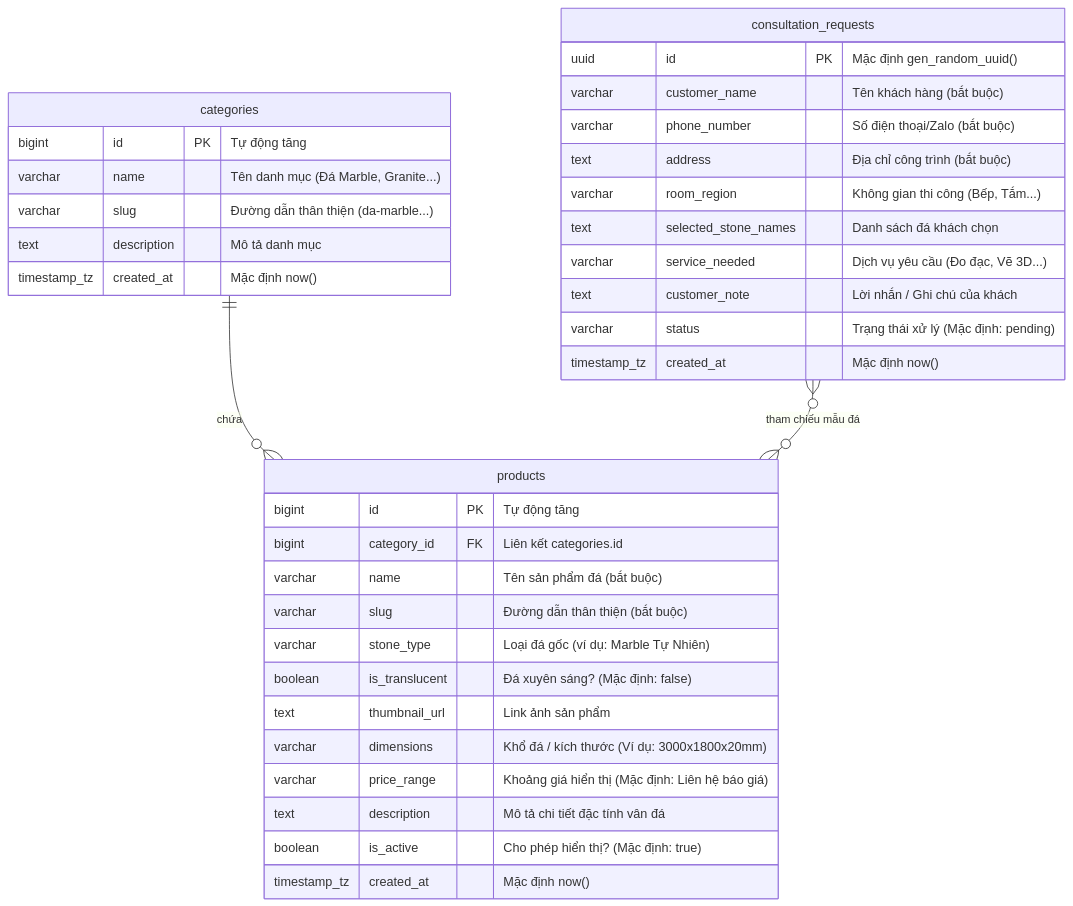
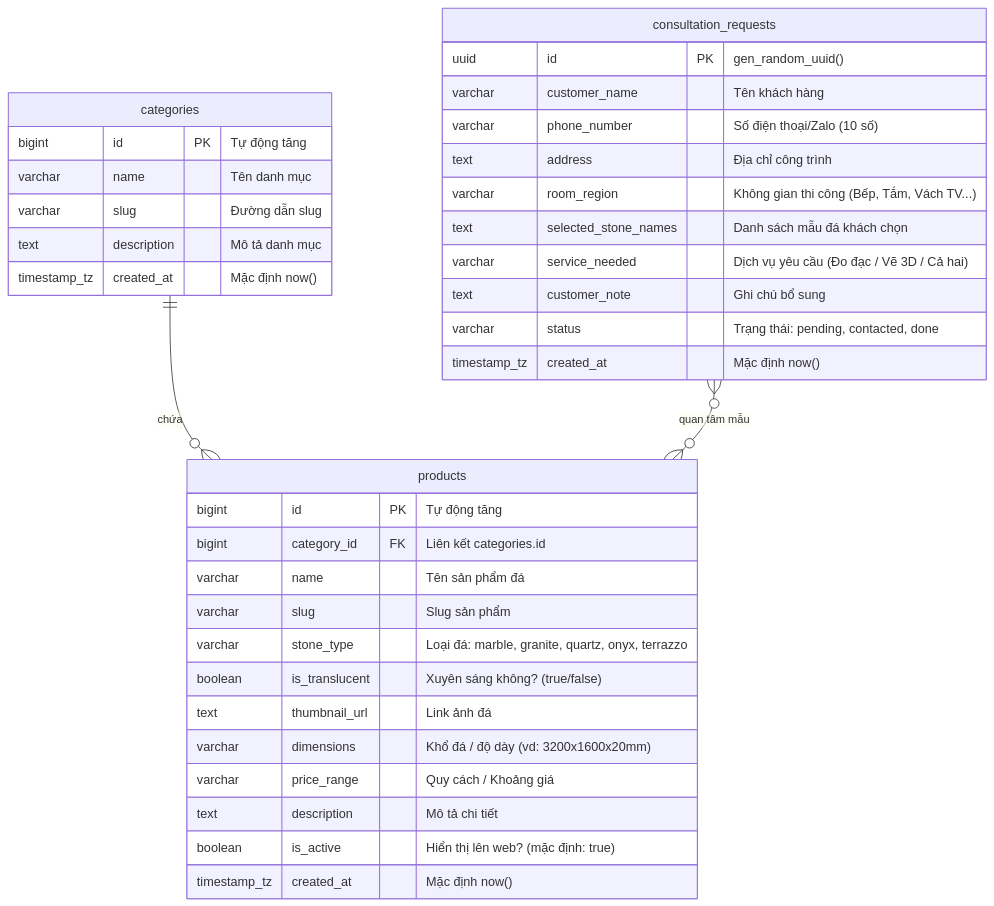
The diagram in APP_STRUCTURE.md (dev-fullstalk/TuanChauAtelier), drawn with Mermaid before and after one commit. The commit also changed other lines of this file and 21 other files, not shown here.

Commit message:
2.9 | thêm ảnh cho app

````diff
--- a/APP_STRUCTURE.md
+++ b/APP_STRUCTURE.md
@@ -52,41 +121,41 @@
 ```mermaid
 erDiagram
     categories ||--o{ products : "chứa"
-    consultation_requests }o--o{ products : "tham chiếu mẫu đá"
+    consultation_requests }o--o{ products : "quan tâm mẫu"
 
     categories {
         bigint id PK "Tự động tăng"
-        varchar name "Tên danh mục (Đá Marble, Granite...)"
-        varchar slug "Đường dẫn thân thiện (da-marble...)"
+        varchar name "Tên danh mục"
+        varchar slug "Đường dẫn slug"
         text description "Mô tả danh mục"
         timestamp_tz created_at "Mặc định now()"
     }
 
     products {
         bigint id PK "Tự động tăng"
         bigint category_id FK "Liên kết categories.id"
-        varchar name "Tên sản phẩm đá (bắt buộc)"
-        varchar slug "Đường dẫn thân thiện (bắt buộc)"
-        varchar stone_type "Loại đá gốc (ví dụ: Marble Tự Nhiên)"
-        boolean is_translucent "Đá xuyên sáng? (Mặc định: false)"
-        text thumbnail_url "Link ảnh sản phẩm"
-        varchar dimensions "Khổ đá / kích thước (Ví dụ: 3000x1800x20mm)"
-        varchar price_range "Khoảng giá hiển thị (Mặc định: Liên hệ báo giá)"
-        text description "Mô tả chi tiết đặc tính vân đá"
-        boolean is_active "Cho phép hiển thị? (Mặc định: true)"
+        varchar name "Tên sản phẩm đá"
+        varchar slug "Slug sản phẩm"
+        varchar stone_type "Loại đá: marble, granite, quartz, onyx, terrazzo"
+        boolean is_translucent "Xuyên sáng không? (true/false)"
+        text thumbnail_url "Link ảnh đá"
+        varchar dimensions "Khổ đá / độ dày (vd: 3200x1600x20mm)"
+        varchar price_range "Quy cách / Khoảng giá"
+        text description "Mô tả chi tiết"
+        boolean is_active "Hiển thị lên web? (mặc định: true)"
         timestamp_tz created_at "Mặc định now()"
     }
 
     consultation_requests {
-        uuid id PK "Mặc định gen_random_uuid()"
-        varchar customer_name "Tên khách hàng (bắt buộc)"
-        varchar phone_number "Số điện thoại/Zalo (bắt buộc)"
-        text address "Địa chỉ công trình (bắt buộc)"
-        varchar room_region "Không gian thi công (Bếp, Tắm...)"
-        text selected_stone_names "Danh sách đá khách chọn"
-        varchar service_needed "Dịch vụ yêu cầu (Đo đạc, Vẽ 3D...)"
-        text customer_note "Lời nhắn / Ghi chú của khách"
-        varchar status "Trạng thái xử lý (Mặc định: pending)"
+        uuid id PK "gen_random_uuid()"
+        varchar customer_name "Tên khách hàng"
+        varchar phone_number "Số điện thoại/Zalo (10 số)"
+        text address "Địa chỉ công trình"
+        varchar room_region "Không gian thi công (Bếp, Tắm, Vách TV...)"
+        text selected_stone_names "Danh sách mẫu đá khách chọn"
+        varchar service_needed "Dịch vụ yêu cầu (Đo đạc / Vẽ 3D / Cả hai)"
+        text customer_note "Ghi chú bổ sung"
+        varchar status "Trạng thái: pending, contacted, done"
         timestamp_tz created_at "Mặc định now()"
     }
 ```
````
